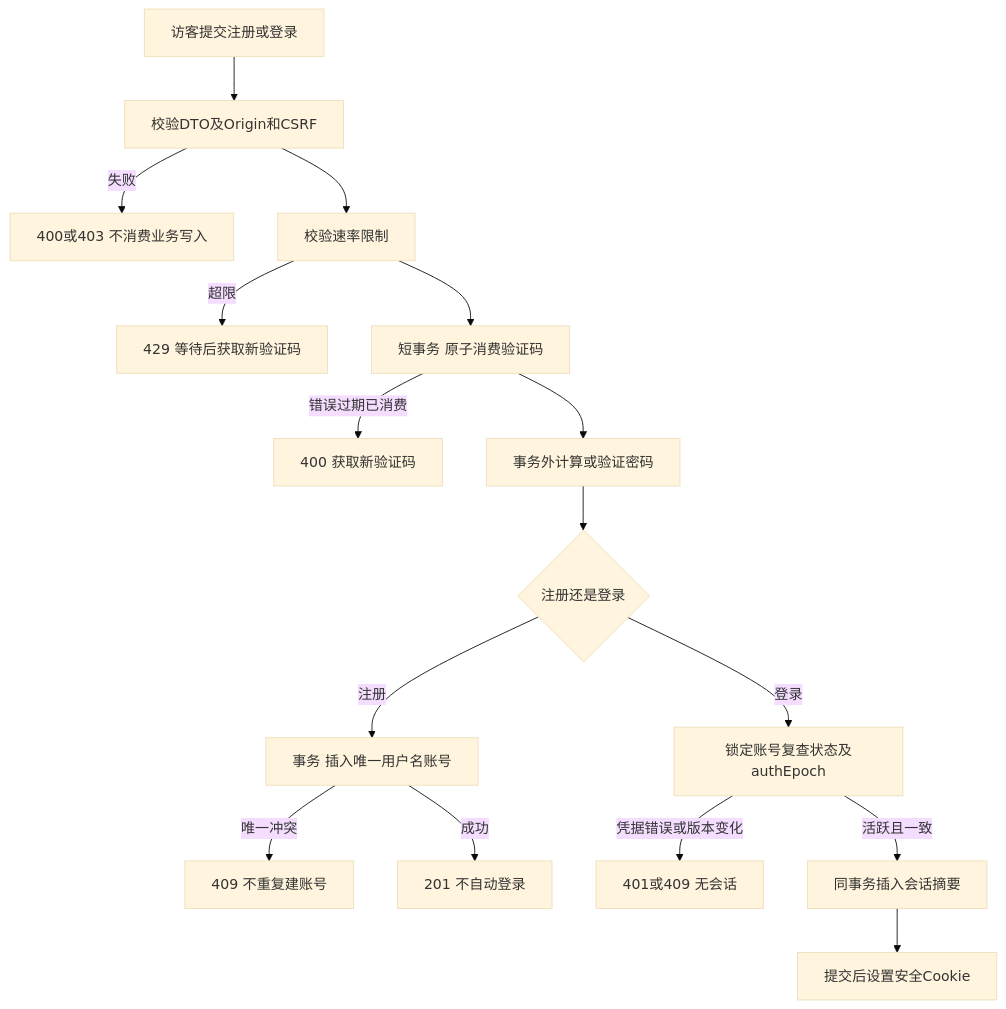
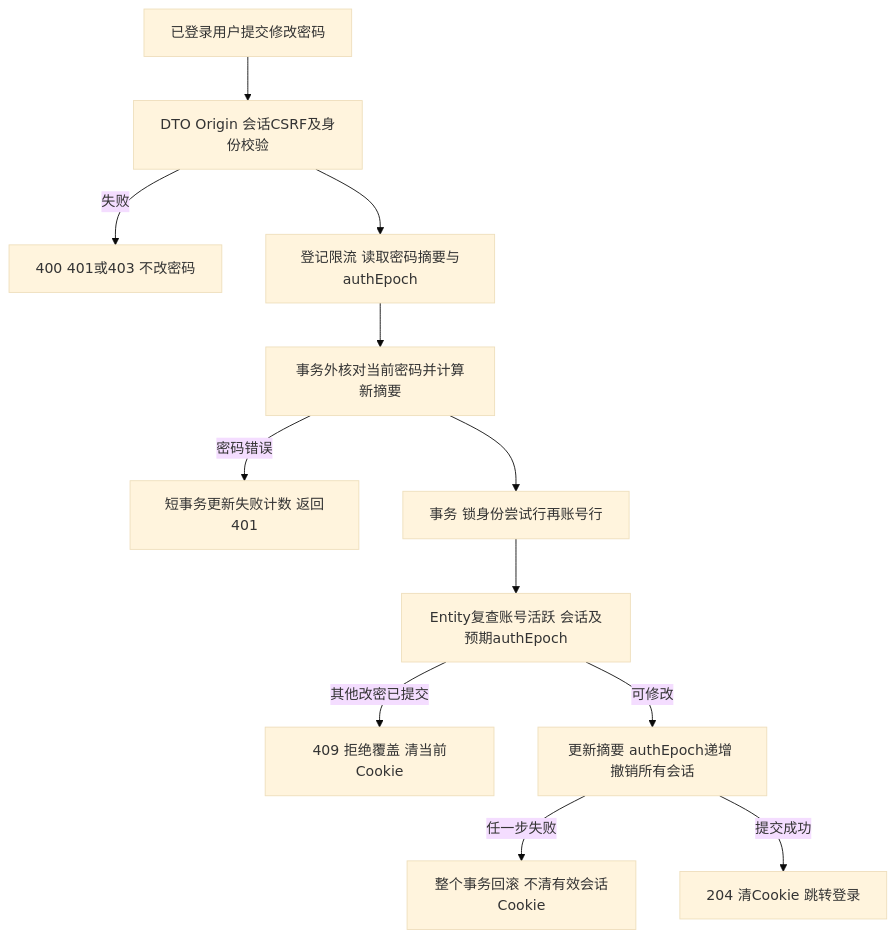
The second of 3 diagrams in career-assistant/docs/design/auth.md (Zz1li-Wang/job-search), drawn with Mermaid (base theme) before and after one commit. The commit also changed other lines of this file and 402 other files, not shown here.

````diff
--- a/career-assistant/docs/design/auth.md
+++ b/career-assistant/docs/design/auth.md
@@ -13,18 +88,14 @@
 ```mermaid
 flowchart TD
-    V[访客提交注册或登录] --> D[校验DTO及Origin和CSRF]
-    D -->|失败| BAD[400或403 不消费业务写入]
-    D --> L[校验速率限制]
-    L -->|超限| LIMIT[429 等待后获取新验证码]
-    L --> TX[短事务 原子消费验证码]
-    TX -->|错误过期已消费| CAP[400 获取新验证码]
-    TX --> HASH[事务外计算或验证密码]
-    HASH --> MODE{注册还是登录}
-    MODE -->|注册| INS[事务 插入唯一用户名账号]
-    INS -->|唯一冲突| DUP[409 不重复建账号]
-    INS -->|成功| OK[201 不自动登录]
-    MODE -->|登录| CHECK[锁定账号复查状态及authEpoch]
-    CHECK -->|凭据错误或版本变化| FAIL[401或409 无会话]
-    CHECK -->|活跃且一致| SESSION[同事务插入会话摘要]
-    SESSION --> COM[提交后设置安全Cookie]
+    U[已登录用户提交修改密码] --> G[DTO Origin 会话CSRF及身份校验]
+    G -->|失败| R[400 401或403 不改密码]
+    G --> A[登记限流 读取密码摘要与authEpoch]
+    A --> H[事务外核对当前密码并计算新摘要]
+    H -->|密码错误| F[短事务更新失败计数 返回401]
+    H --> T[事务 锁身份尝试行再账号行]
+    T --> V[Entity复查账号活跃 会话及预期authEpoch]
+    V -->|其他改密已提交| X[409 拒绝覆盖 清当前Cookie]
+    V -->|可修改| C[更新摘要 authEpoch递增 撤销所有会话]
+    C -->|任一步失败| B[整个事务回滚 不清有效会话Cookie]
+    C -->|提交成功| O[204 清Cookie 跳转登录]
 ```
````
